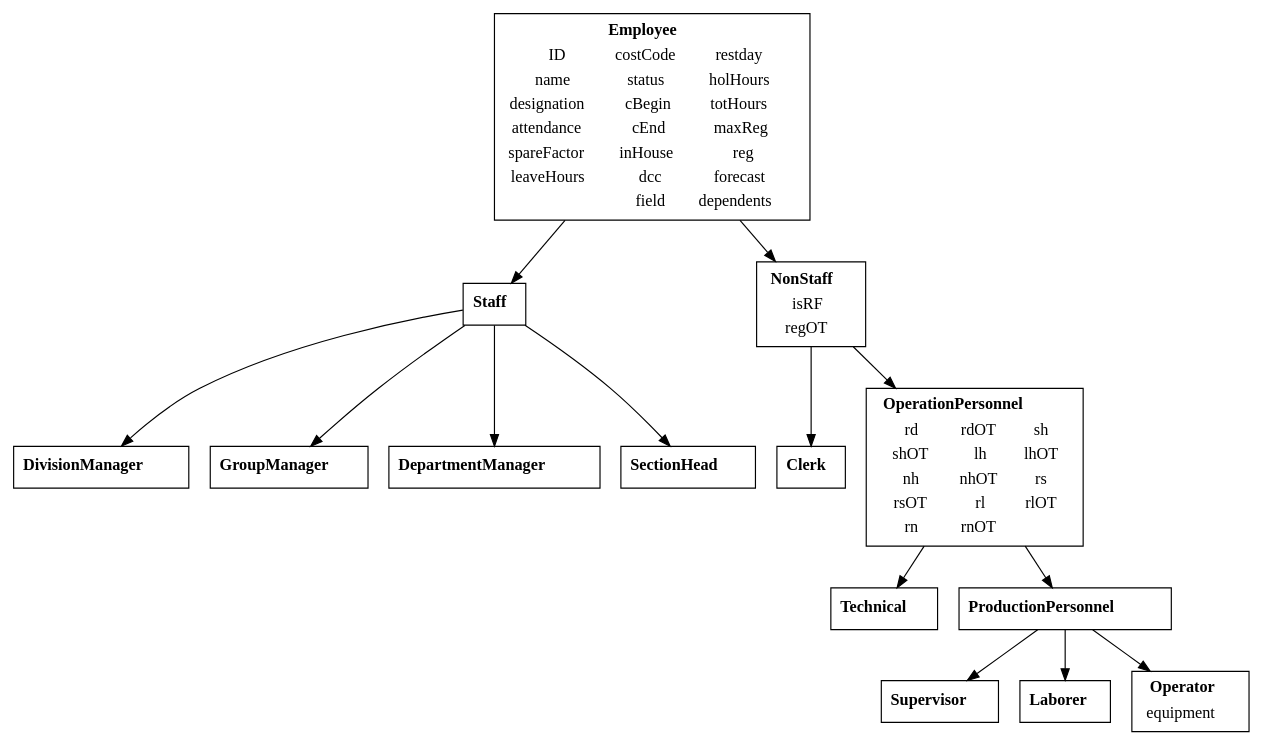
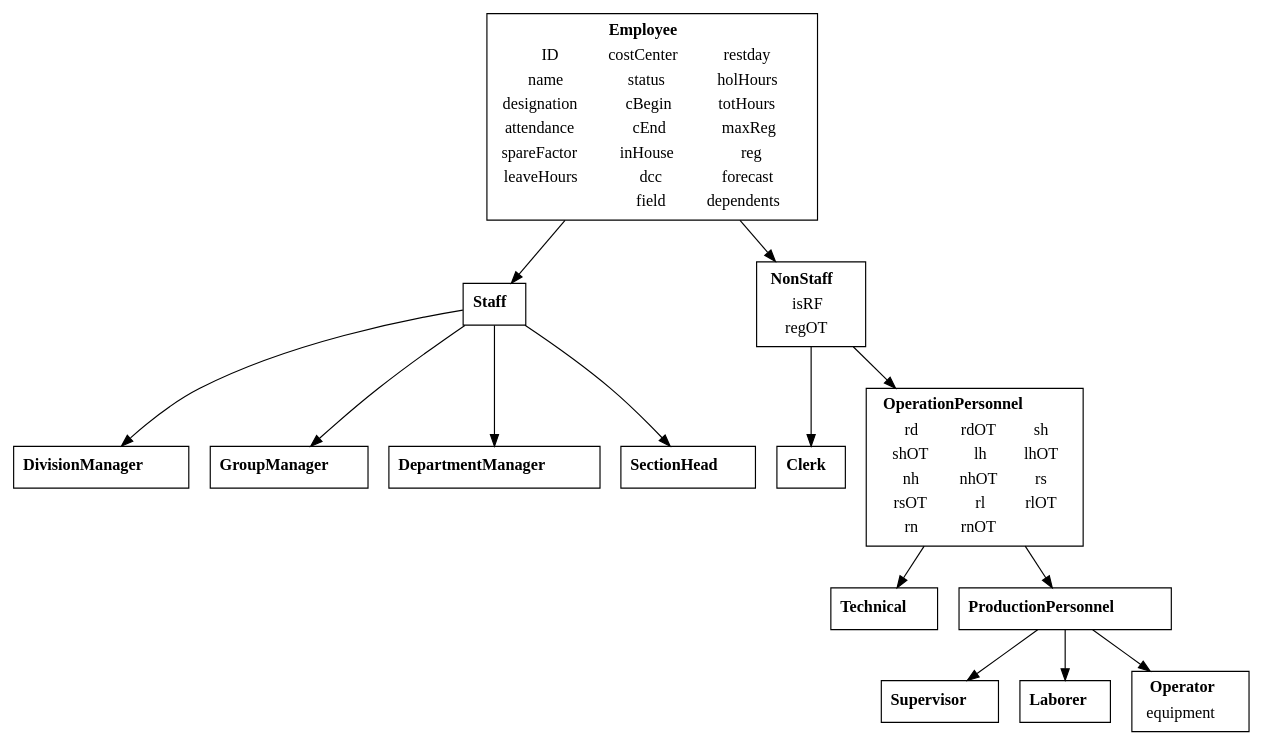
The diagram in vignettes/class.Rmd (basilrabi/mansched), drawn with Graphviz before and after one commit. The commit also changed 56 other files, not shown here.

First line of the commit message:
rename cost code to cost center

```diff
--- a/vignettes/class.Rmd
+++ b/vignettes/class.Rmd
@@ -23,7 +23,7 @@
   </TR>
   <TR>
     <TD>ID</TD>
-    <TD>costCode</TD>
+    <TD>costCenter</TD>
     <TD>restday</TD>
   </TR>
   <TR>
```
